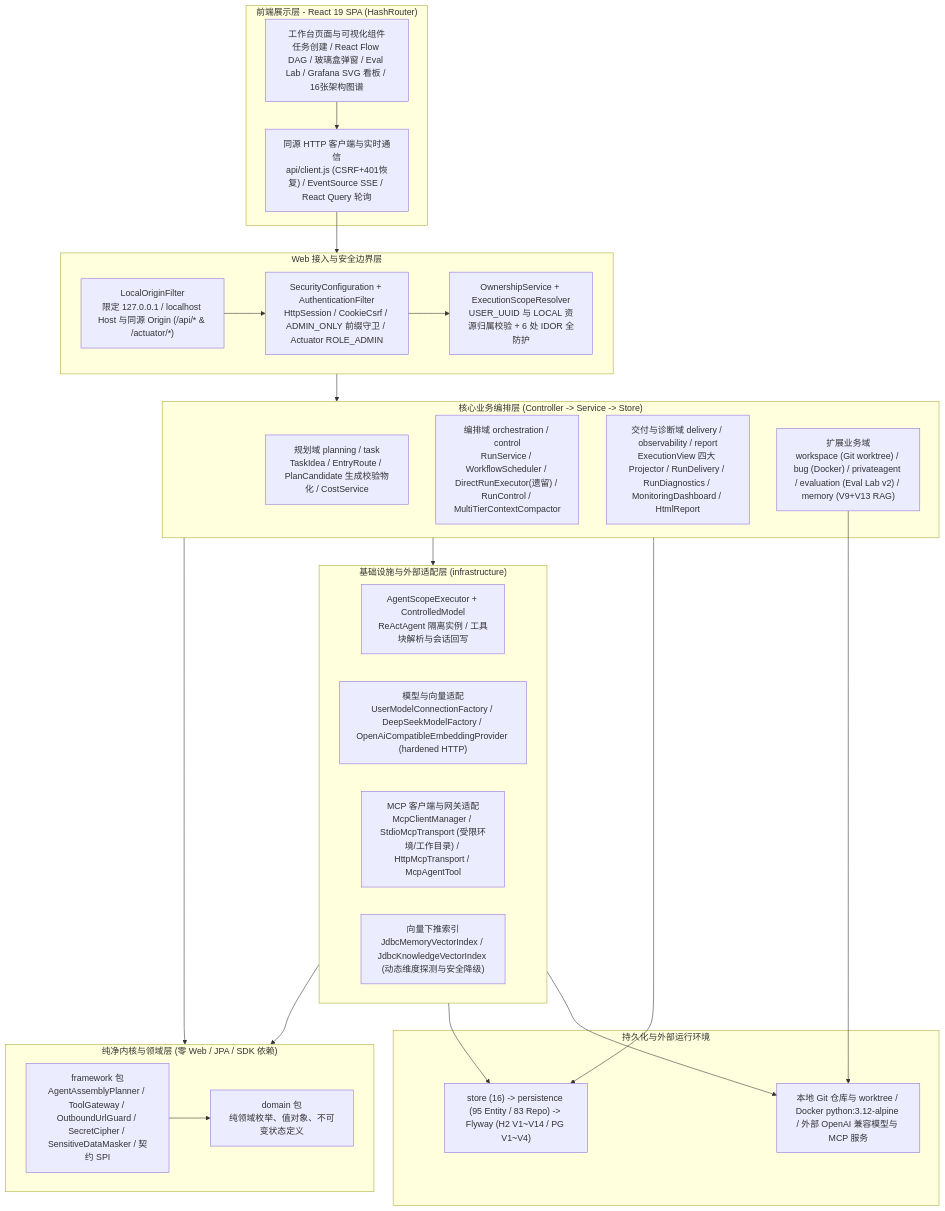
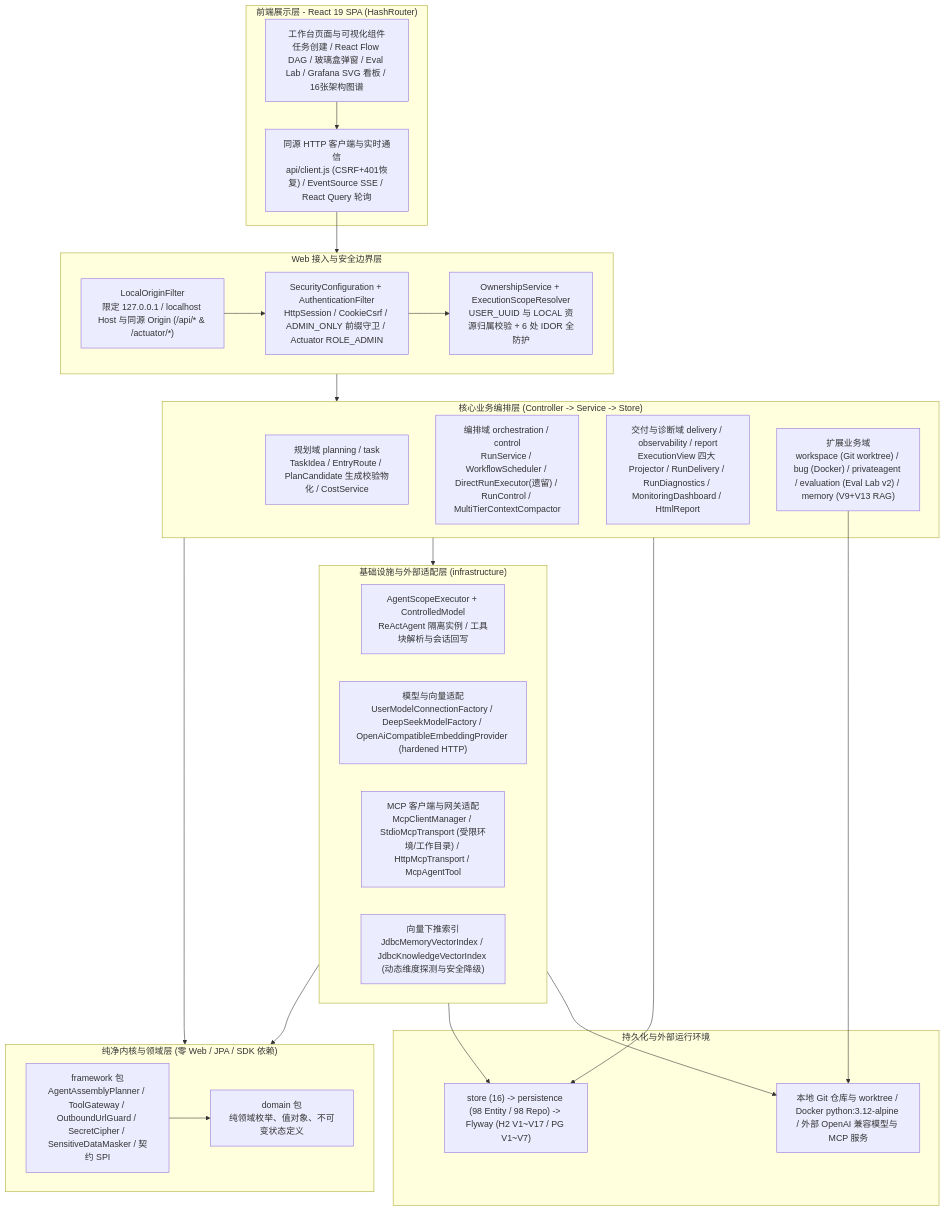
The first of 2 diagrams in docs/项目总览_产品需求与技术架构.md (Qi-95827/glassbox-agent-studio), drawn with Mermaid before and after one commit. The commit also changed other lines of this file and 13 other files, not shown here.

Commit message:
docs: consolidate V0-V6 handover docs, remove superseded drafts, and sync architecture baseline

````diff
--- a/docs/项目总览_产品需求与技术架构.md
+++ b/docs/项目总览_产品需求与技术架构.md
@@ -44,50 +44,50 @@
 ```mermaid
 flowchart TB
     subgraph FE["前端展示层 - React 19 SPA (HashRouter)"]
         UI["工作台页面与可视化组件\n任务创建 / React Flow DAG / 玻璃盒弹窗 / Eval Lab / Grafana SVG 看板 / 16张架构图谱"]
         APIClient["同源 HTTP 客户端与实时通信\napi/client.js (CSRF+401恢复) / EventSource SSE / React Query 轮询"]
         UI --> APIClient
     end
 
     subgraph SEC["Web 接入与安全边界层"]
         Origin["LocalOriginFilter\n限定 127.0.0.1 / localhost Host 与同源 Origin (/api/* & /actuator/*)"]
         AuthFilter["SecurityConfiguration + AuthenticationFilter\nHttpSession / CookieCsrf / ADMIN_ONLY 前缀守卫 / Actuator ROLE_ADMIN"]
         Scope["OwnershipService + ExecutionScopeResolver\nUSER_UUID 与 LOCAL 资源归属校验 + 6 处 IDOR 全防护"]
         Origin --> AuthFilter --> Scope
     end
 
     subgraph BIZ["核心业务编排层 (Controller -> Service -> Store)"]
         Plan["规划域 planning / task\nTaskIdea / EntryRoute / PlanCandidate 生成校验物化 / CostService"]
         Orch["编排域 orchestration / control\nRunService / WorkflowScheduler / DirectRunExecutor(遗留) / RunControl / MultiTierContextCompactor"]
         Deliv["交付与诊断域 delivery / observability / report\nExecutionView 四大 Projector / RunDelivery / RunDiagnostics / MonitoringDashboard / HtmlReport"]
         DomainExt["扩展业务域\nworkspace (Git worktree) / bug (Docker) / privateagent / evaluation (Eval Lab v2) / memory (V9+V13 RAG)"]
     end
 
     subgraph CORE["纯净内核与领域层 (零 Web / JPA / SDK 依赖)"]
         Framework["framework 包\nAgentAssemblyPlanner / ToolGateway / OutboundUrlGuard / SecretCipher / SensitiveDataMasker / 契约 SPI"]
         Domain["domain 包\n纯领域枚举、值对象、不可变状态定义"]
         Framework --> Domain
     end
 
     subgraph INFRA["基础设施与外部适配层 (infrastructure)"]
         AS["AgentScopeExecutor + ControlledModel\nReActAgent 隔离实例 / 工具块解析与会话回写"]
         Model["模型与向量适配\nUserModelConnectionFactory / DeepSeekModelFactory / OpenAiCompatibleEmbeddingProvider (hardened HTTP)"]
         MCP["MCP 客户端与网关适配\nMcpClientManager / StdioMcpTransport (受限环境/工作目录) / HttpMcpTransport / McpAgentTool"]
         Vec["向量下推索引\nJdbcMemoryVectorIndex / JdbcKnowledgeVectorIndex (动态维度探测与安全降级)"]
     end
 
     subgraph DATA["持久化与外部运行环境"]
-        Store["store (16) -> persistence (95 Entity / 83 Repo) -> Flyway (H2 V1~V14 / PG V1~V4)"]
+        Store["store (16) -> persistence (98 Entity / 98 Repo) -> Flyway (H2 V1~V17 / PG V1~V7)"]
         ExtEnv["本地 Git 仓库与 worktree / Docker python:3.12-alpine / 外部 OpenAI 兼容模型与 MCP 服务"]
     end
 
     APIClient --> SEC
     SEC --> BIZ
     BIZ --> CORE
     BIZ --> INFRA
     INFRA --> CORE
     BIZ --> Store
     INFRA --> Store
     INFRA --> ExtEnv
     DomainExt --> ExtEnv
 ```
````
